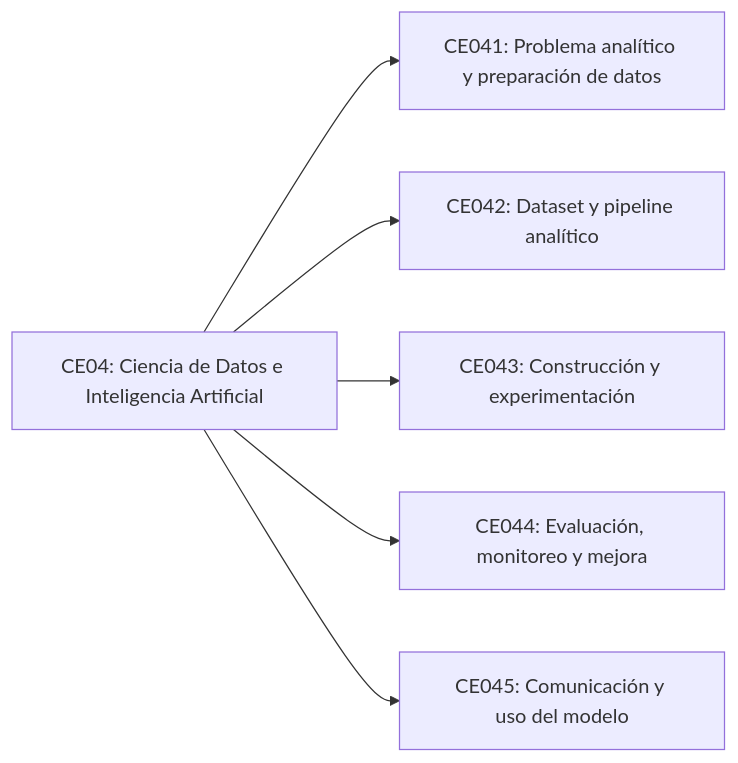
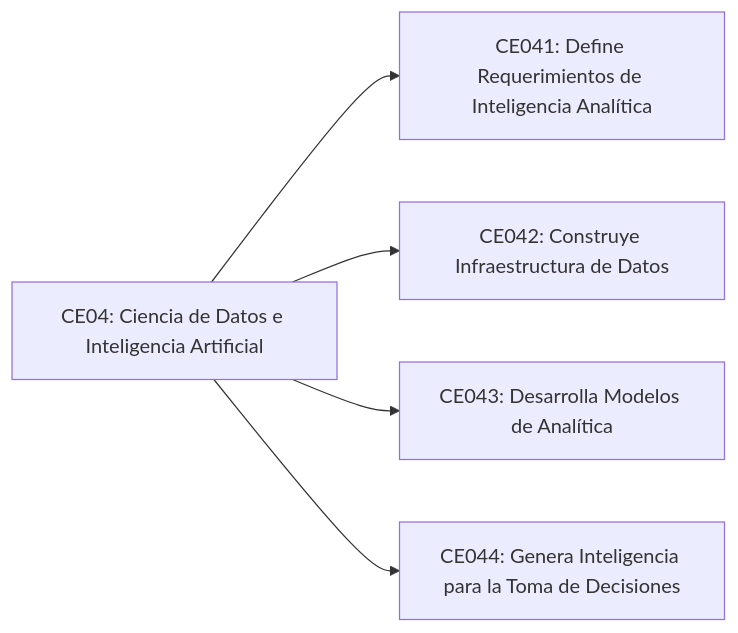
Before and after one commit to upeuoficial/planb: the diagram in docs/lineas/cd-ia/index.md, drawn with Mermaid. The commit also changed other lines of this file and 4 other files, not shown here.

```diff
--- a/docs/lineas/cd-ia/index.md
+++ b/docs/lineas/cd-ia/index.md
@@ -242,8 +210,7 @@
 ~~~mermaid
 flowchart LR
-  CE04[CE04: Ciencia de Datos e Inteligencia Artificial] --> CE041[CE041: Problema analítico y preparación de datos]
-  CE04 --> CE042[CE042: Dataset y pipeline analítico]
-  CE04 --> CE043[CE043: Construcción y experimentación]
-  CE04 --> CE044[CE044: Evaluación, monitoreo y mejora]
-  CE04 --> CE045[CE045: Comunicación y uso del modelo]
+  CE04[CE04: Ciencia de Datos e Inteligencia Artificial] --> CE041[CE041: Define Requerimientos de Inteligencia Analítica]
+  CE04 --> CE042[CE042: Construye Infraestructura de Datos]
+  CE04 --> CE043[CE043: Desarrolla Modelos de Analítica]
+  CE04 --> CE044[CE044: Genera Inteligencia para la Toma de Decisiones]
 ~~~
```
